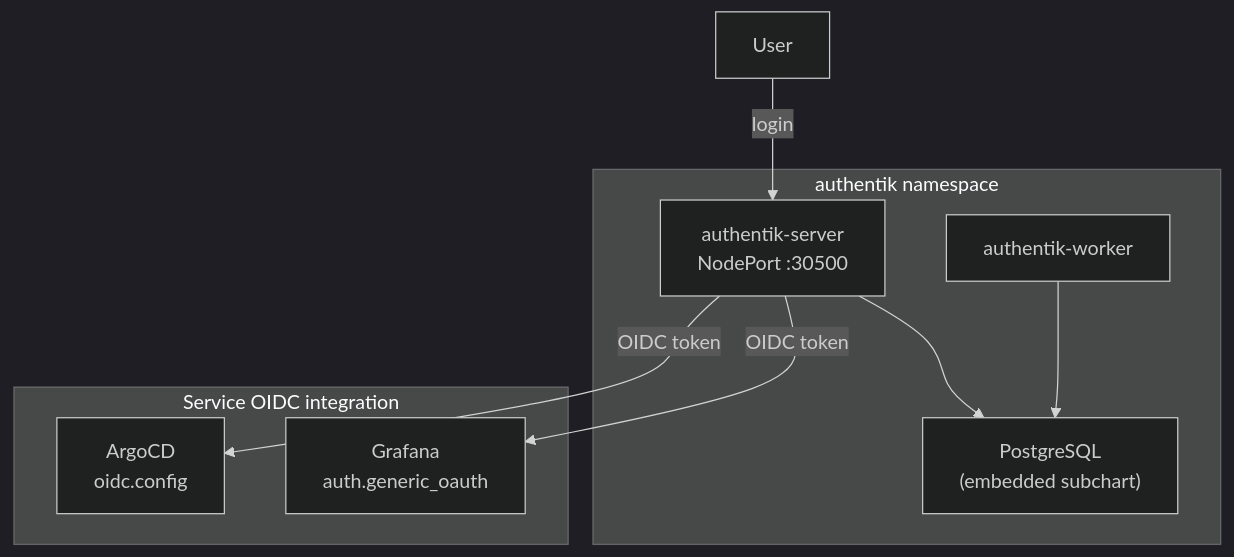
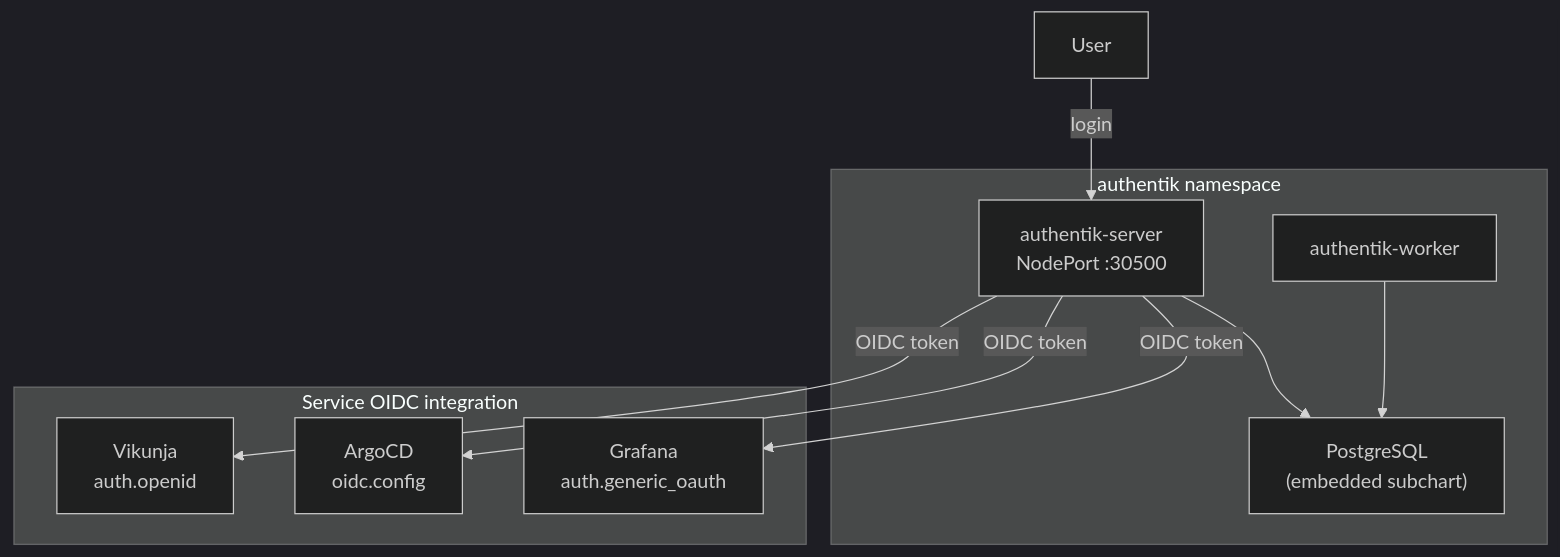
The first of 2 diagrams in k8s/apps/authentik/README.md (haingth77/homelab), drawn with Mermaid (dark theme) before and after one commit. The commit also changed other lines of this file and 4 other files, not shown here.

````diff
--- a/k8s/apps/authentik/README.md
+++ b/k8s/apps/authentik/README.md
@@ -14,19 +14,21 @@
 ```mermaid
 flowchart TD
     subgraph authentik["authentik namespace"]
         Server["authentik-server\nNodePort :30500"]
         Worker["authentik-worker"]
         PG["PostgreSQL\n(embedded subchart)"]
         Server --> PG
         Worker --> PG
     end
 
     subgraph services["Service OIDC integration"]
         Grafana["Grafana\nauth.generic_oauth"]
         ArgoCD["ArgoCD\noidc.config"]
+        Vikunja["Vikunja\nauth.openid"]
     end
 
     User["User"] -- "login" --> Server
     Server -- "OIDC token" --> Grafana
     Server -- "OIDC token" --> ArgoCD
+    Server -- "OIDC token" --> Vikunja
 ```
````
